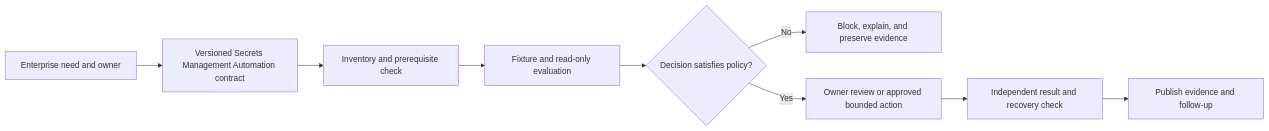
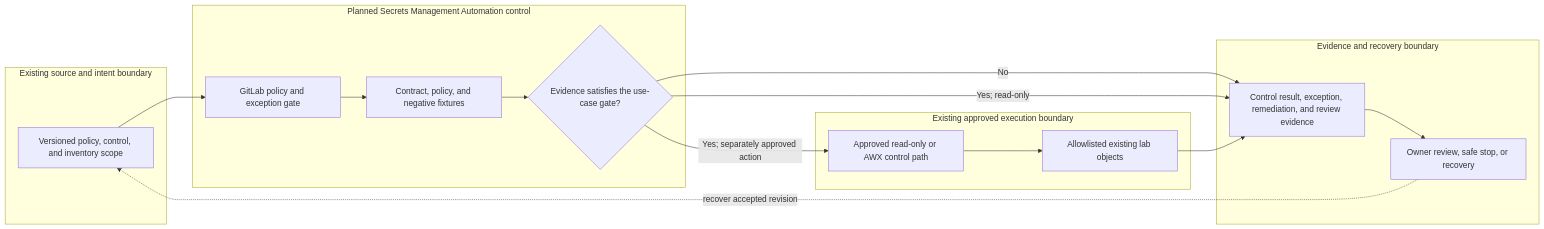
One commit to MIDHTECH/enterprise-architecture-docs changed the diagram in docs/use-cases/governance/UC-GOV-002-secrets-management-automation.md. Above: the diagram before and after it, drawn with Mermaid. The commit also changed other lines of this file and 227 other files, not shown here.

Commit message:
Deepen architecture for all use case designs

````diff
--- a/docs/use-cases/governance/UC-GOV-002-secrets-management-automation.md
+++ b/docs/use-cases/governance/UC-GOV-002-secrets-management-automation.md
@@ -136,11 +129,25 @@
 ```mermaid
 flowchart LR
-    Need["Enterprise need and owner"] --> Contract["Versioned Secrets Management Automation contract"]
-    Contract --> Preflight["Inventory and prerequisite check"]
-    Preflight --> Evaluate["Fixture and read-only evaluation"]
-    Evaluate --> Decision{"Decision satisfies policy?"}
-    Decision -->|No| Stop["Block, explain, and preserve evidence"]
-    Decision -->|Yes| Review["Owner review or approved bounded action"]
-    Review --> Verify["Independent result and recovery check"]
-    Verify --> Publish["Publish evidence and follow-up"]
+    subgraph Source["Existing source and intent boundary"]
+        A["Versioned policy, control, and inventory scope"]
+    end
+    subgraph Planned["Planned Secrets Management Automation control"]
+        B["GitLab policy and exception gate"]
+        C["Contract, policy, and negative fixtures"]
+        D{"Evidence satisfies the use-case gate?"}
+    end
+    subgraph Runtime["Existing approved execution boundary"]
+        E["Approved read-only or AWX control path"]
+        F["Allowlisted existing lab objects"]
+    end
+    subgraph Assurance["Evidence and recovery boundary"]
+        G["Control result, exception, remediation, and review evidence"]
+        H["Owner review, safe stop, or recovery"]
+    end
+
+    A --> B --> C --> D
+    D -->|No| G --> H
+    D -->|Yes; read-only| G
+    D -->|Yes; separately approved action| E --> F --> G
+    H -. recover accepted revision .-> A
 ```
````
